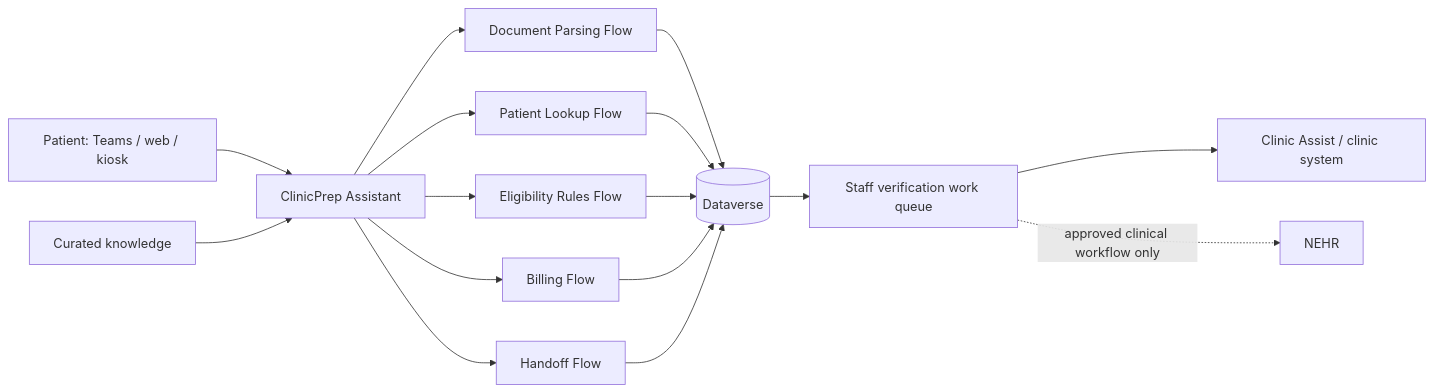
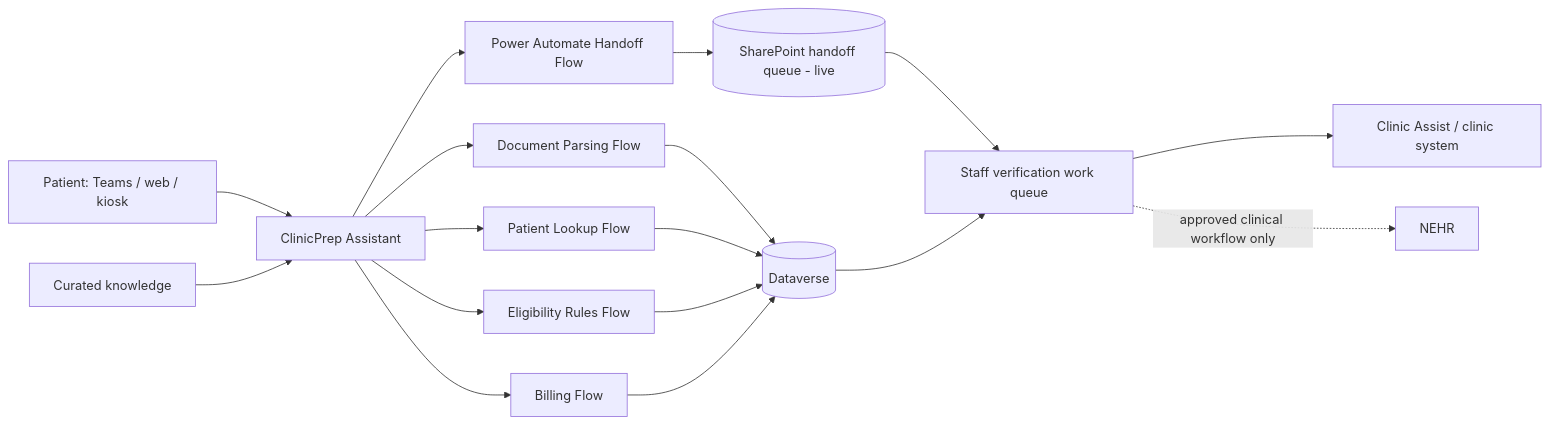
One commit to TimSeah/Hack4Health changed the diagram in SubmissionAssets/architecture-pilot.mmd. Above: the diagram before and after it, drawn with Mermaid. The commit also changed 14 other files, not shown here.

Commit message:
feat: Updated with live SharePoint tool

```diff
--- a/SubmissionAssets/architecture-pilot.mmd
+++ b/SubmissionAssets/architecture-pilot.mmd
@@ -1,16 +1,17 @@
 flowchart LR
     P[Patient: Teams / web / kiosk] --> C[ClinicPrep Assistant]
     K[Curated knowledge] --> C
     C --> D[Document Parsing Flow]
     C --> L[Patient Lookup Flow]
     C --> E[Eligibility Rules Flow]
     C --> B[Billing Flow]
-    C --> H[Handoff Flow]
+    C --> H[Power Automate Handoff Flow]
     D --> DV[(Dataverse)]
     L --> DV
     E --> DV
     B --> DV
-    H --> DV
+    H --> SP[(SharePoint handoff queue - live)]
+    SP --> S
     DV --> S[Staff verification work queue]
     S --> CA[Clinic Assist / clinic system]
     S -. approved clinical workflow only .-> N[NEHR]
```
